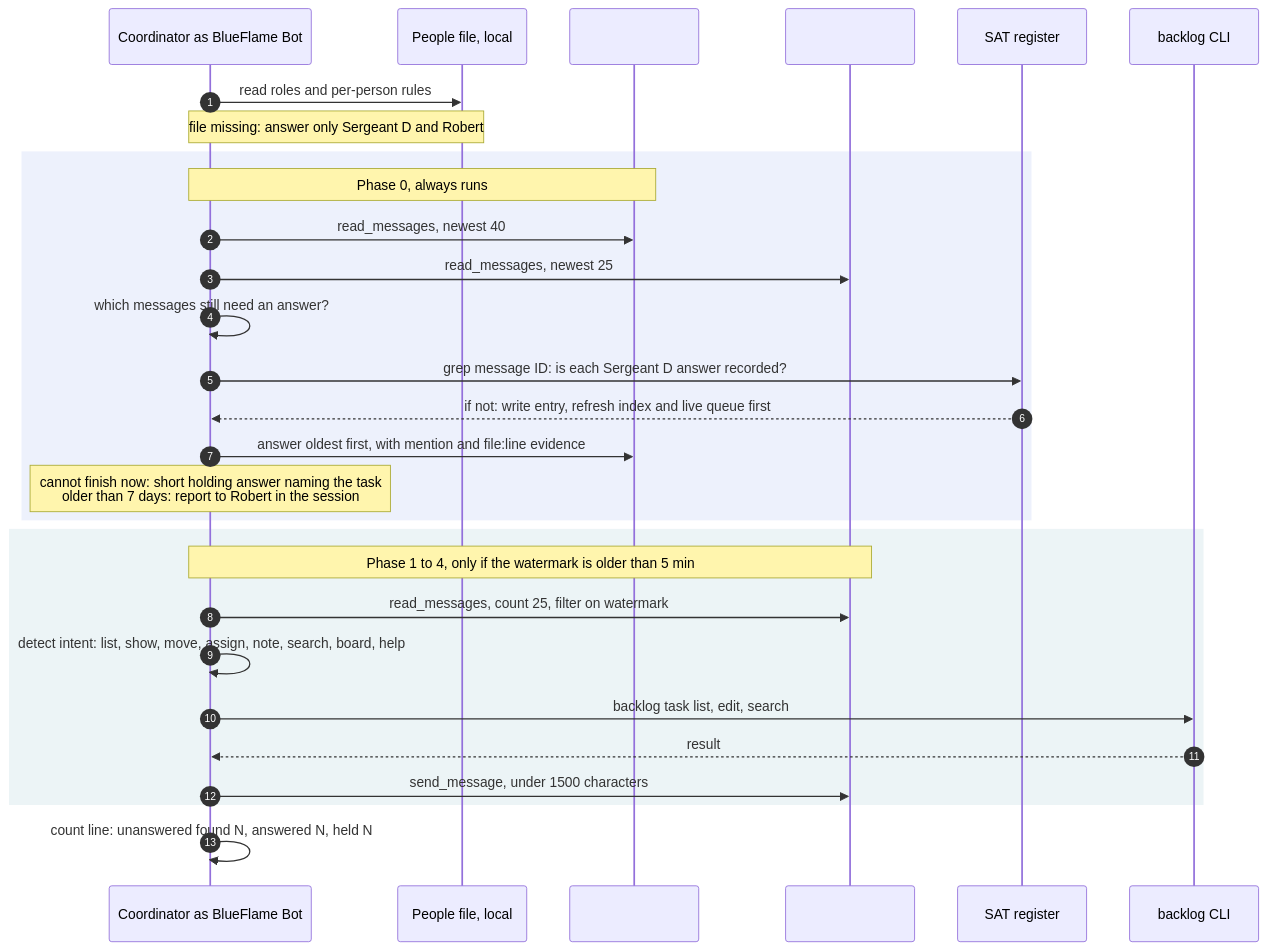
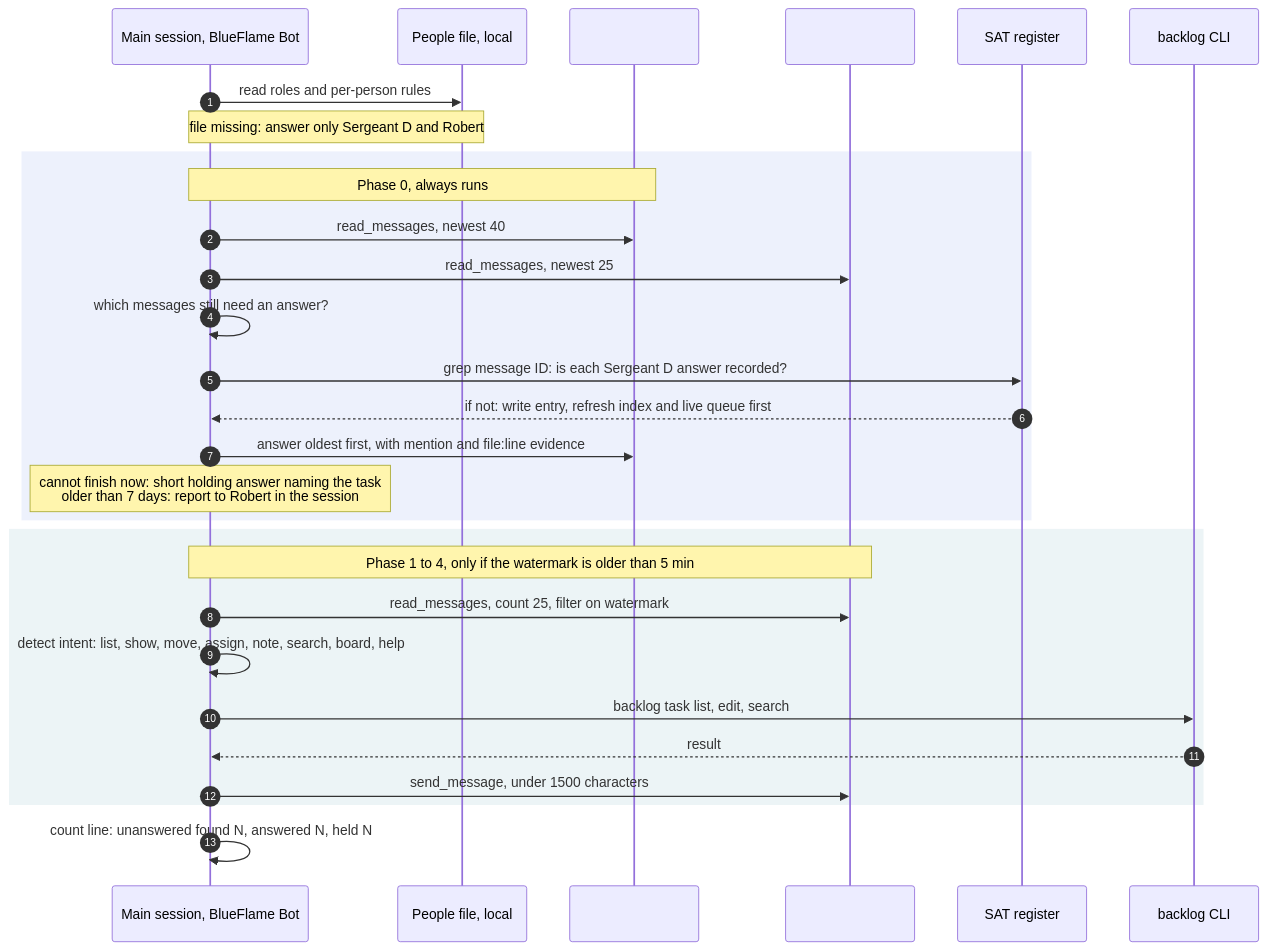
Diagram 17 of 50 in docs/process/agentic-setup.md (rvdbreemen/OTGW-firmware), drawn with Mermaid before and after one commit. The commit also changed other lines of this file and 1 other file, not shown here.

````diff
--- a/docs/process/agentic-setup.md
+++ b/docs/process/agentic-setup.md
@@ -1061,31 +1166,31 @@
 ```mermaid
 sequenceDiagram
   autonumber
-  participant S as Coordinator as BlueFlame Bot
+  participant S as Main session, BlueFlame Bot
   participant P as People file, local
   participant A as #alpha-testing
   participant D as #dev-sat-mqtt
   participant R as SAT register
   participant B as backlog CLI
   S->>P: read roles and per-person rules
   Note over S,P: file missing: answer only Sergeant D and Robert
   rect rgba(29,78,216,0.08)
   Note over S,A: Phase 0, always runs
   S->>A: read_messages, newest 40
   S->>D: read_messages, newest 25
   S->>S: which messages still need an answer?
   S->>R: grep message ID: is each Sergeant D answer recorded?
   R-->>S: if not: write entry, refresh index and live queue first
   S->>A: answer oldest first, with mention and file:line evidence
   Note over S: cannot finish now: short holding answer naming the task<br/>older than 7 days: report to Robert in the session
   end
   rect rgba(14,116,144,0.08)
   Note over S,D: Phase 1 to 4, only if the watermark is older than 5 min
   S->>D: read_messages, count 25, filter on watermark
   S->>S: detect intent: list, show, move, assign, note, search, board, help
   S->>B: backlog task list, edit, search
   B-->>S: result
   S->>D: send_message, under 1500 characters
   end
   S->>S: count line: unanswered found N, answered N, held N
 ```
````
